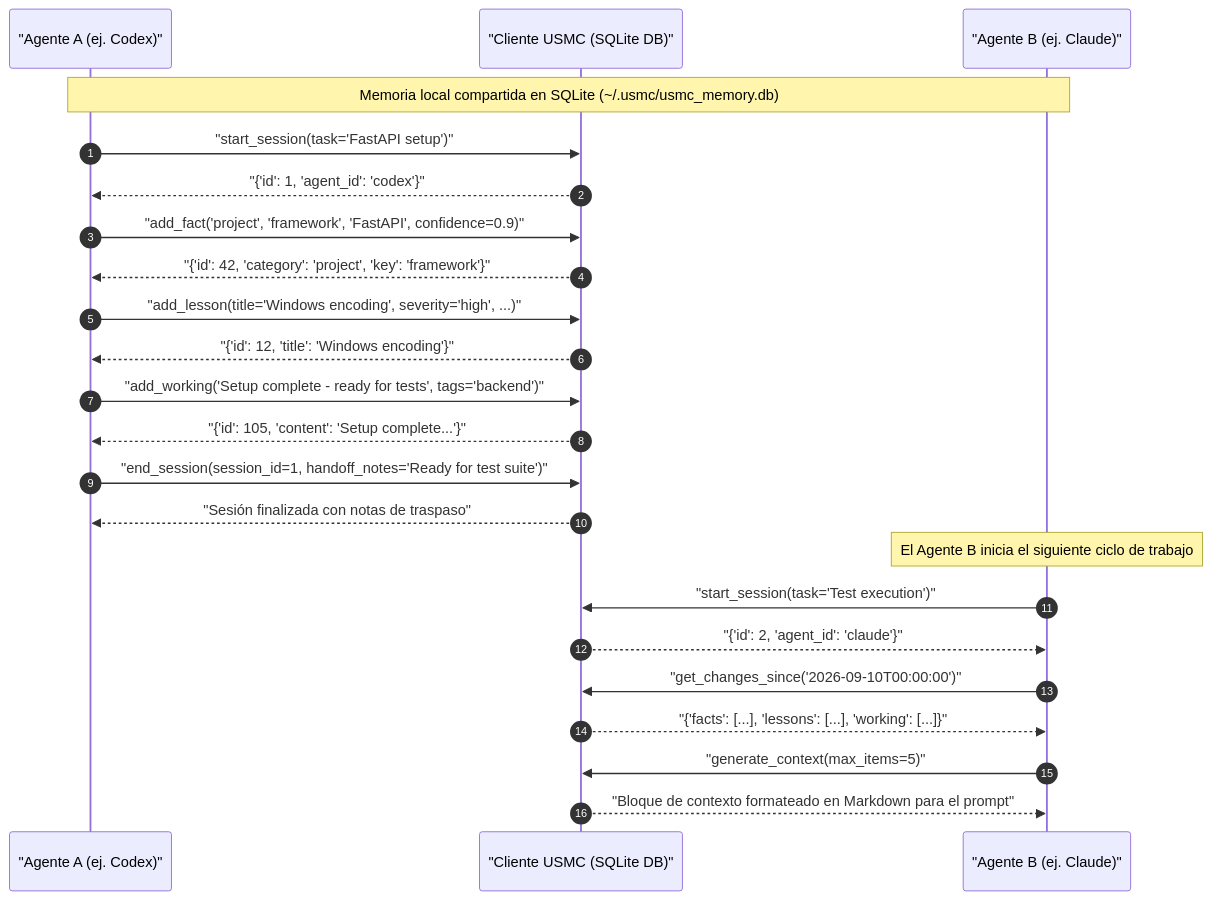
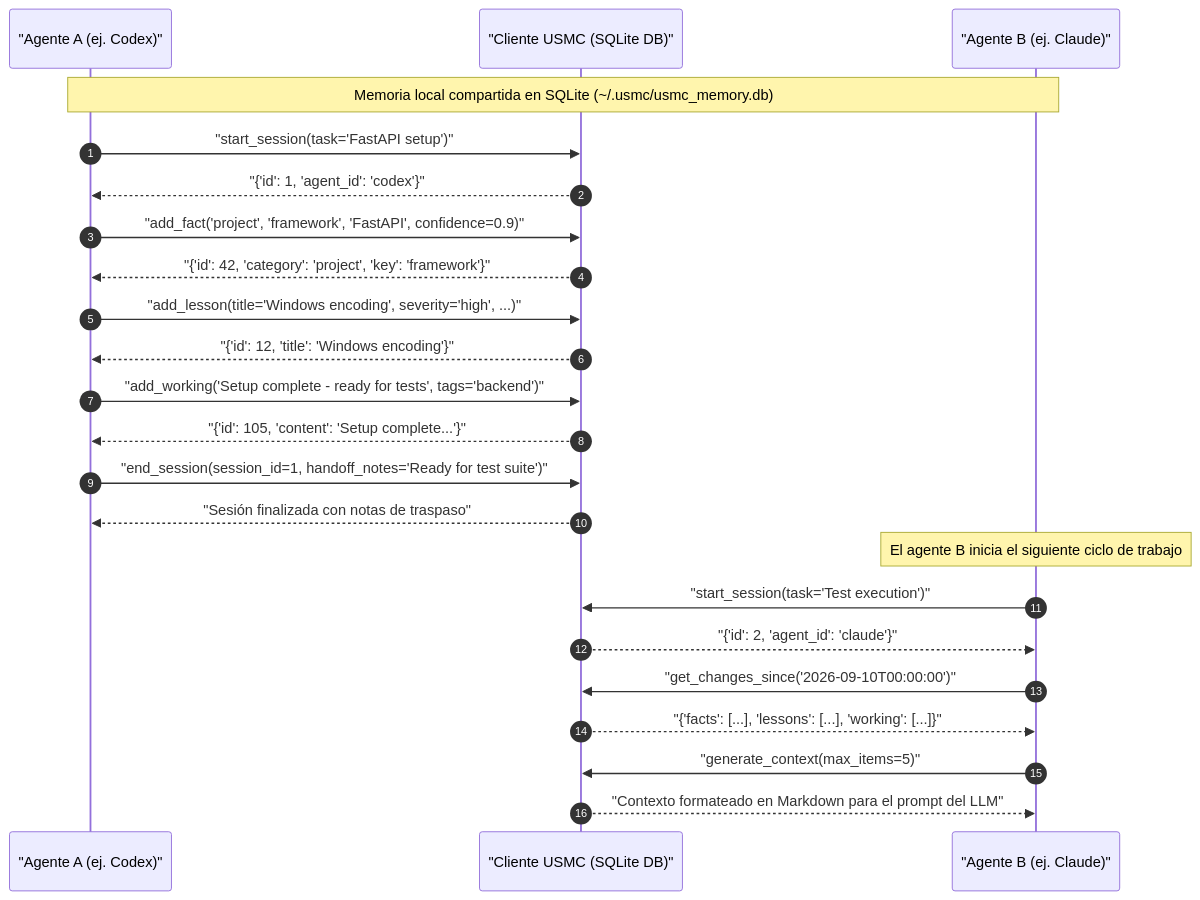
The second of 2 diagrams in README_es.md (ellmos-ai/usmc), drawn with Mermaid before and after one commit. The commit also changed other lines of this file and 8 other files, not shown here.

````diff
--- a/README_es.md
+++ b/README_es.md
@@ -86,28 +133,28 @@
 ```mermaid
 sequenceDiagram
     autonumber
     participant A as "Agente A (ej. Codex)"
     participant M as "Cliente USMC (SQLite DB)"
     participant B as "Agente B (ej. Claude)"
 
     Note over A,B: Memoria local compartida en SQLite (~/.usmc/usmc_memory.db)
 
     A->>M: "start_session(task='FastAPI setup')"
     M-->>A: "{'id': 1, 'agent_id': 'codex'}"
     A->>M: "add_fact('project', 'framework', 'FastAPI', confidence=0.9)"
     M-->>A: "{'id': 42, 'category': 'project', 'key': 'framework'}"
     A->>M: "add_lesson(title='Windows encoding', severity='high', ...)"
     M-->>A: "{'id': 12, 'title': 'Windows encoding'}"
     A->>M: "add_working('Setup complete - ready for tests', tags='backend')"
     M-->>A: "{'id': 105, 'content': 'Setup complete...'}"
     A->>M: "end_session(session_id=1, handoff_notes='Ready for test suite')"
     M-->>A: "Sesión finalizada con notas de traspaso"
 
-    Note over B: El Agente B inicia el siguiente ciclo de trabajo
+    Note over B: El agente B inicia el siguiente ciclo de trabajo
     B->>M: "start_session(task='Test execution')"
     M-->>B: "{'id': 2, 'agent_id': 'claude'}"
     B->>M: "get_changes_since('2026-09-10T00:00:00')"
     M-->>B: "{'facts': [...], 'lessons': [...], 'working': [...]}"
     B->>M: "generate_context(max_items=5)"
-    M-->>B: "Bloque de contexto formateado en Markdown para el prompt"
+    M-->>B: "Contexto formateado en Markdown para el prompt del LLM"
 ```
````
